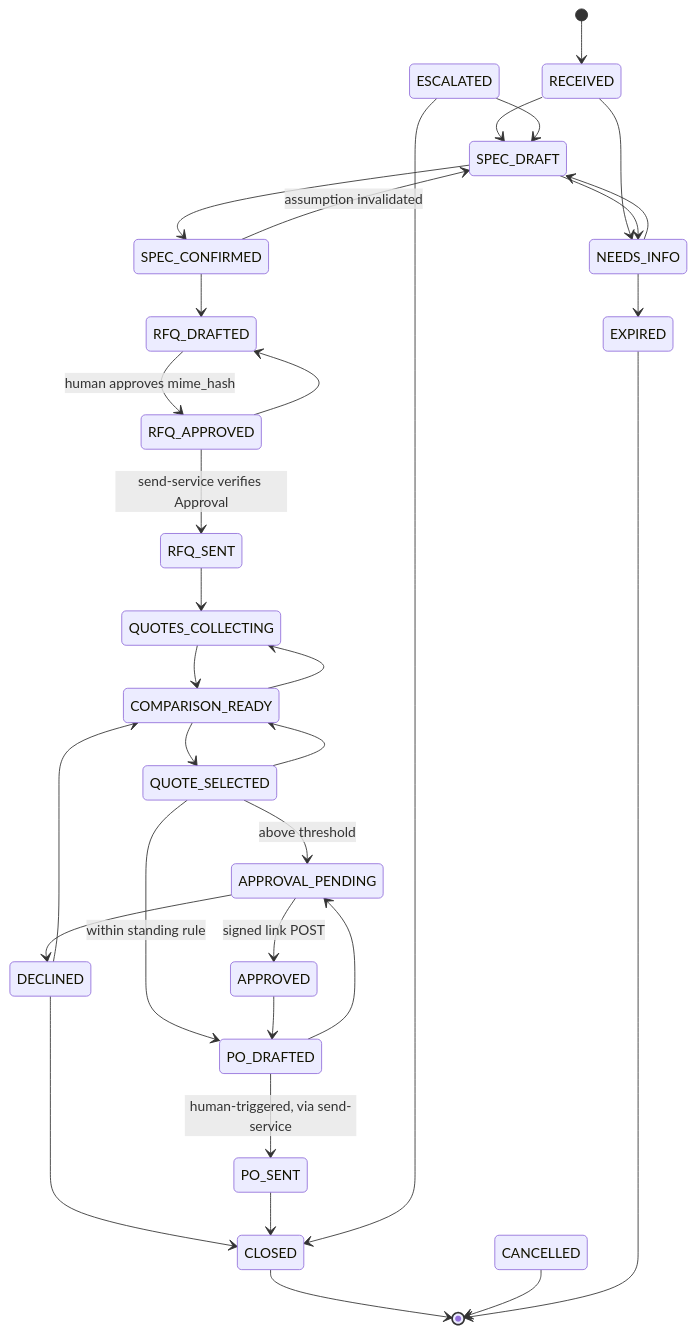
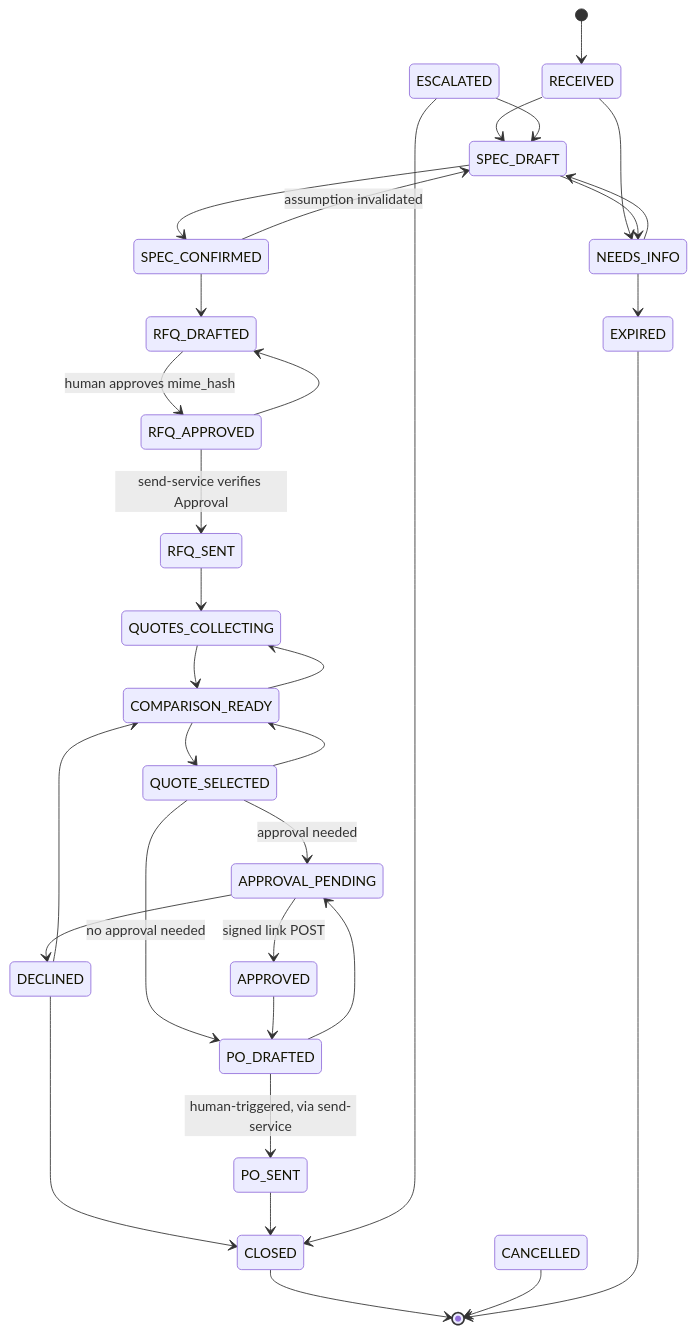
Before and after one commit to emre-akarsu/ai-commerce-ideas: the second of 2 diagrams in docs/MASTER.md, drawn with Mermaid. The commit also changed other lines of this file and 1 other file, not shown here.

````diff
--- a/docs/MASTER.md
+++ b/docs/MASTER.md
@@ -300,35 +300,35 @@
 ```mermaid
 stateDiagram-v2
   [*] --> RECEIVED
   RECEIVED --> SPEC_DRAFT
   RECEIVED --> NEEDS_INFO
   SPEC_DRAFT --> NEEDS_INFO
   SPEC_DRAFT --> SPEC_CONFIRMED
   NEEDS_INFO --> SPEC_DRAFT
   NEEDS_INFO --> EXPIRED
   SPEC_CONFIRMED --> RFQ_DRAFTED
   SPEC_CONFIRMED --> SPEC_DRAFT: assumption invalidated
   RFQ_DRAFTED --> RFQ_APPROVED: human approves mime_hash
   RFQ_APPROVED --> RFQ_SENT: send-service verifies Approval
   RFQ_APPROVED --> RFQ_DRAFTED
   RFQ_SENT --> QUOTES_COLLECTING
   QUOTES_COLLECTING --> COMPARISON_READY
   COMPARISON_READY --> QUOTE_SELECTED
   COMPARISON_READY --> QUOTES_COLLECTING
-  QUOTE_SELECTED --> APPROVAL_PENDING: above threshold
-  QUOTE_SELECTED --> PO_DRAFTED: within standing rule
+  QUOTE_SELECTED --> APPROVAL_PENDING: approval needed
+  QUOTE_SELECTED --> PO_DRAFTED: no approval needed
   QUOTE_SELECTED --> COMPARISON_READY
   APPROVAL_PENDING --> APPROVED: signed link POST
   APPROVAL_PENDING --> DECLINED
   DECLINED --> COMPARISON_READY
   DECLINED --> CLOSED
   APPROVED --> PO_DRAFTED
   PO_DRAFTED --> APPROVAL_PENDING
   PO_DRAFTED --> PO_SENT: human-triggered, via send-service
   PO_SENT --> CLOSED
   ESCALATED --> SPEC_DRAFT
   ESCALATED --> CLOSED
   CLOSED --> [*]
   CANCELLED --> [*]
   EXPIRED --> [*]
 ```
````
